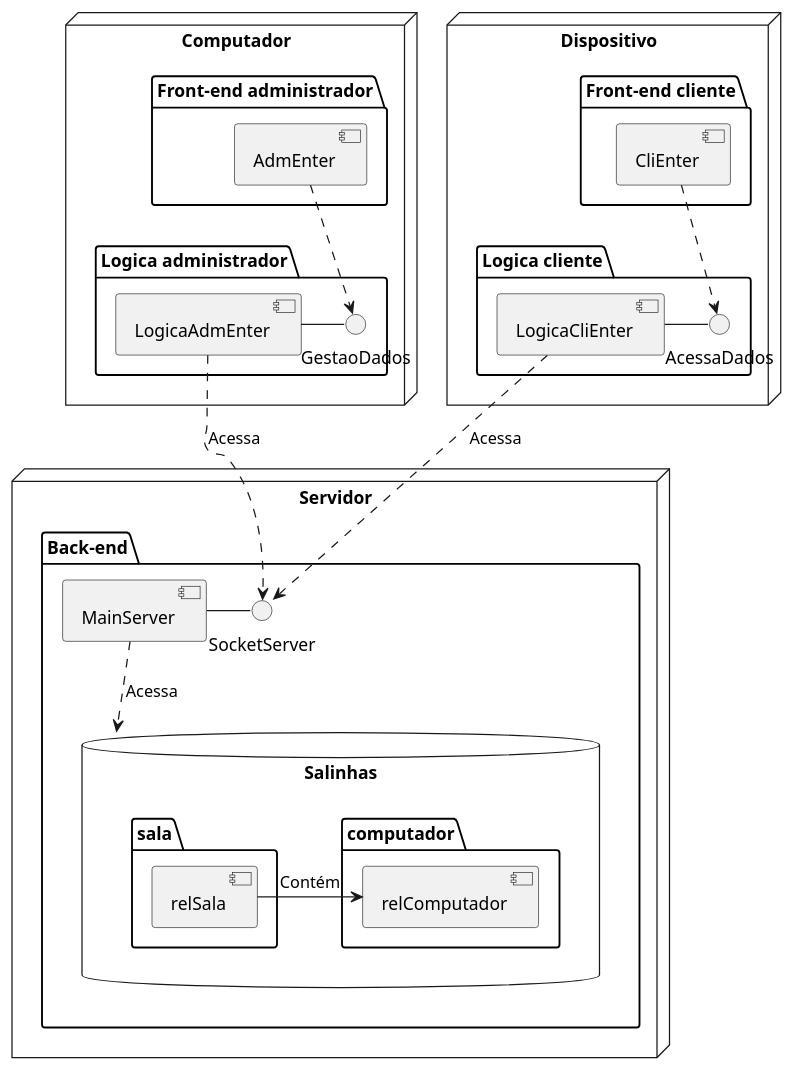
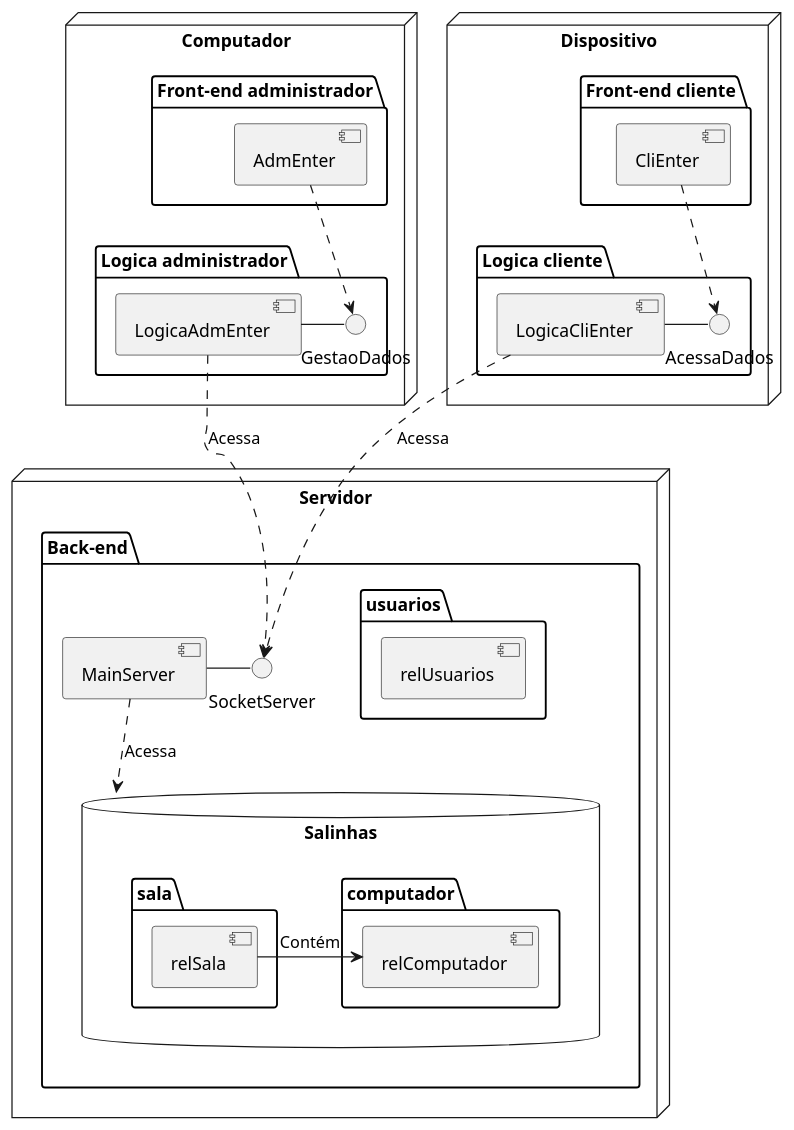
One commit to sociedade-do-pastel/softeiros changed the diagram in docs/diagrama_contextual.org. Above: the diagram before and after it, drawn with PlantUML. The commit also changed other lines of this file and 12 other files, not shown here.

Commit message:
Consertados diagramas de componente e relacional. Adicionado relatorio referente a parte 1

```diff
--- a/docs/diagrama_contextual.org
+++ b/docs/diagrama_contextual.org
@@ -2,43 +3,47 @@
-#+begin_src plantuml :file diagramo_cont.png :exports results 
+#+begin_src plantuml :file ../imgs/diagramo_cont.png :exports results 
   node "Dispositivo" {
 
 	  package "Front-end cliente" {
 		  [CliEnter] 
 	  }
 	  package "Logica cliente" {
 		  [LogicaCliEnter] - AcessaDados
 		  [CliEnter] ..> AcessaDados 
 	  }
   }
   node "Computador" {
 	  package "Front-end administrador" {
 		  [AdmEnter]  
 	  }
 
 	  package "Logica administrador" {
 		  [LogicaAdmEnter] - GestaoDados
 		  [AdmEnter] ..> GestaoDados 
 	  }
   }
-					
+
   node "Servidor" {
 	  package "Back-end" {
 		  [MainServer] - SocketServer
 		  [LogicaCliEnter] ..> SocketServer : Acessa
 		  [LogicaAdmEnter] ..> SocketServer : Acessa
 
 	  database "Salinhas" as Sal {
 
 		  folder "computador" {
 			  [relComputador]
 			  }
 		  folder "sala" {
 			  [relSala]
 			  }
 		  }
+		folder "usuarios" {
+			[relUsuarios]
+		      }
 	  }
+
   }
-									
+
   [MainServer] ..> Sal  :  Acessa
   [relSala] -> [relComputador] : Contém
 #+end_src
```
